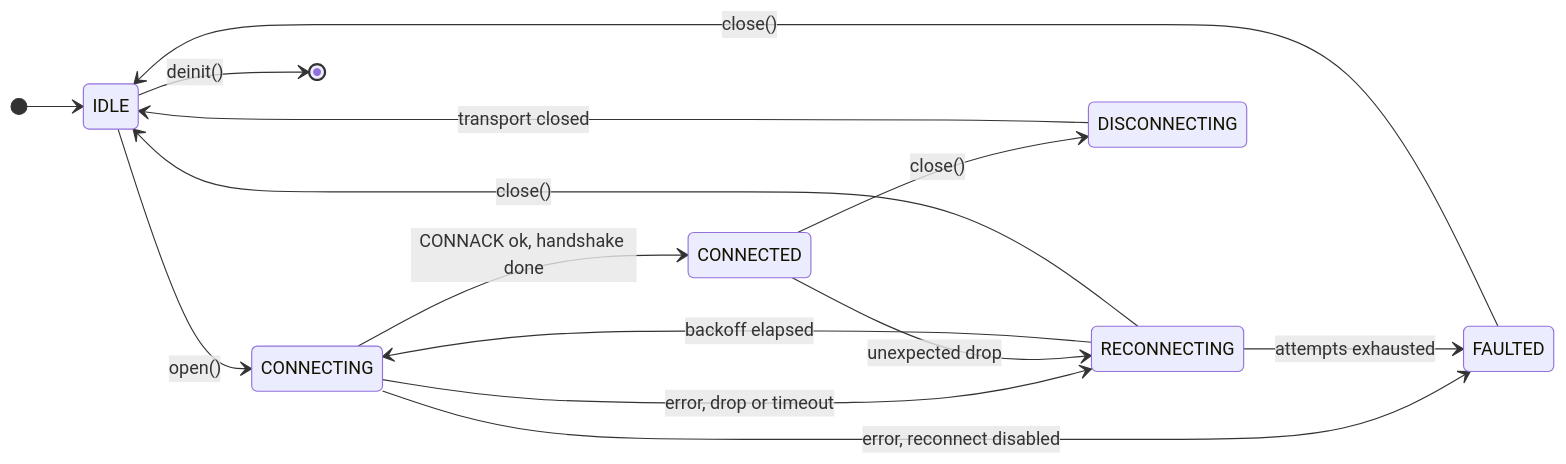
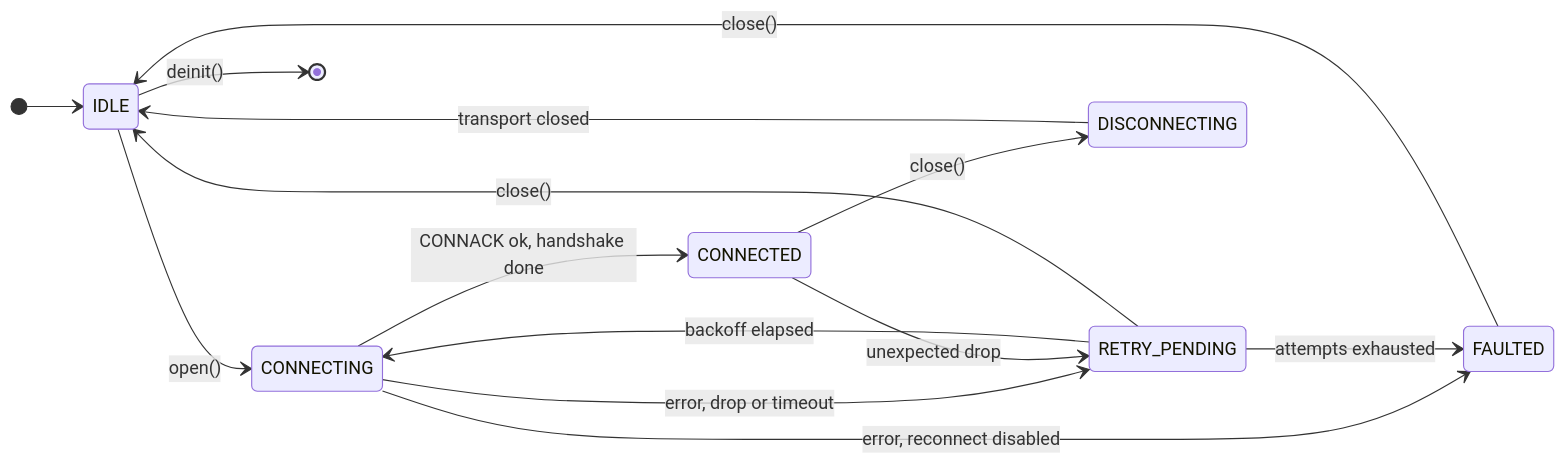
The first of 9 diagrams in c/docs/eng/connection.md (Azure/azure-iot-sdk), drawn with Mermaid before and after one commit. The commit also changed other lines of this file and 14 other files, not shown here.

First line of the commit message:
c: rename AZ_IOT_CONN_STATE_RECONNECTING to AZ_IOT_CONN_STATE_RETRY_PENDING

````diff
--- a/c/docs/eng/connection.md
+++ b/c/docs/eng/connection.md
@@ -53,17 +53,17 @@
 ```mermaid
 stateDiagram-v2
     direction LR
     [*] --> IDLE
     IDLE --> CONNECTING: open()
     CONNECTING --> CONNECTED: CONNACK ok, handshake done
-    CONNECTING --> RECONNECTING: error, drop or timeout
+    CONNECTING --> RETRY_PENDING: error, drop or timeout
     CONNECTING --> FAULTED: error, reconnect disabled
-    CONNECTED --> RECONNECTING: unexpected drop
+    CONNECTED --> RETRY_PENDING: unexpected drop
     CONNECTED --> DISCONNECTING: close()
-    RECONNECTING --> CONNECTING: backoff elapsed
-    RECONNECTING --> FAULTED: attempts exhausted
-    RECONNECTING --> IDLE: close()
+    RETRY_PENDING --> CONNECTING: backoff elapsed
+    RETRY_PENDING --> FAULTED: attempts exhausted
+    RETRY_PENDING --> IDLE: close()
     DISCONNECTING --> IDLE: transport closed
     FAULTED --> IDLE: close()
     IDLE --> [*]: deinit()
 ```
````
